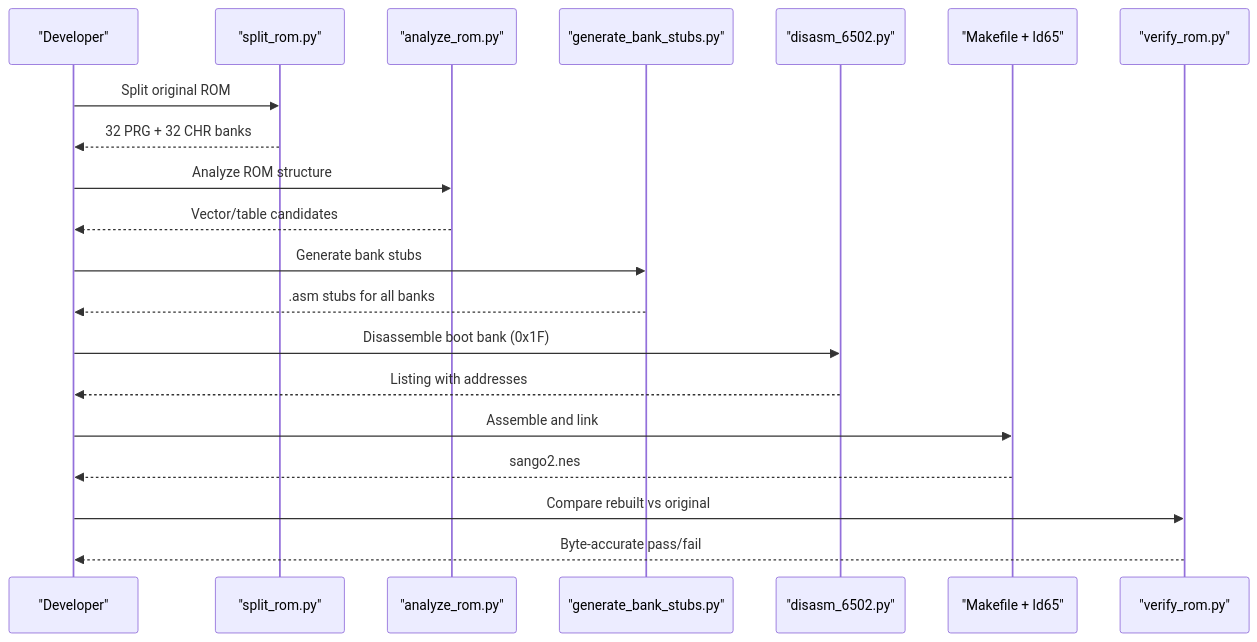
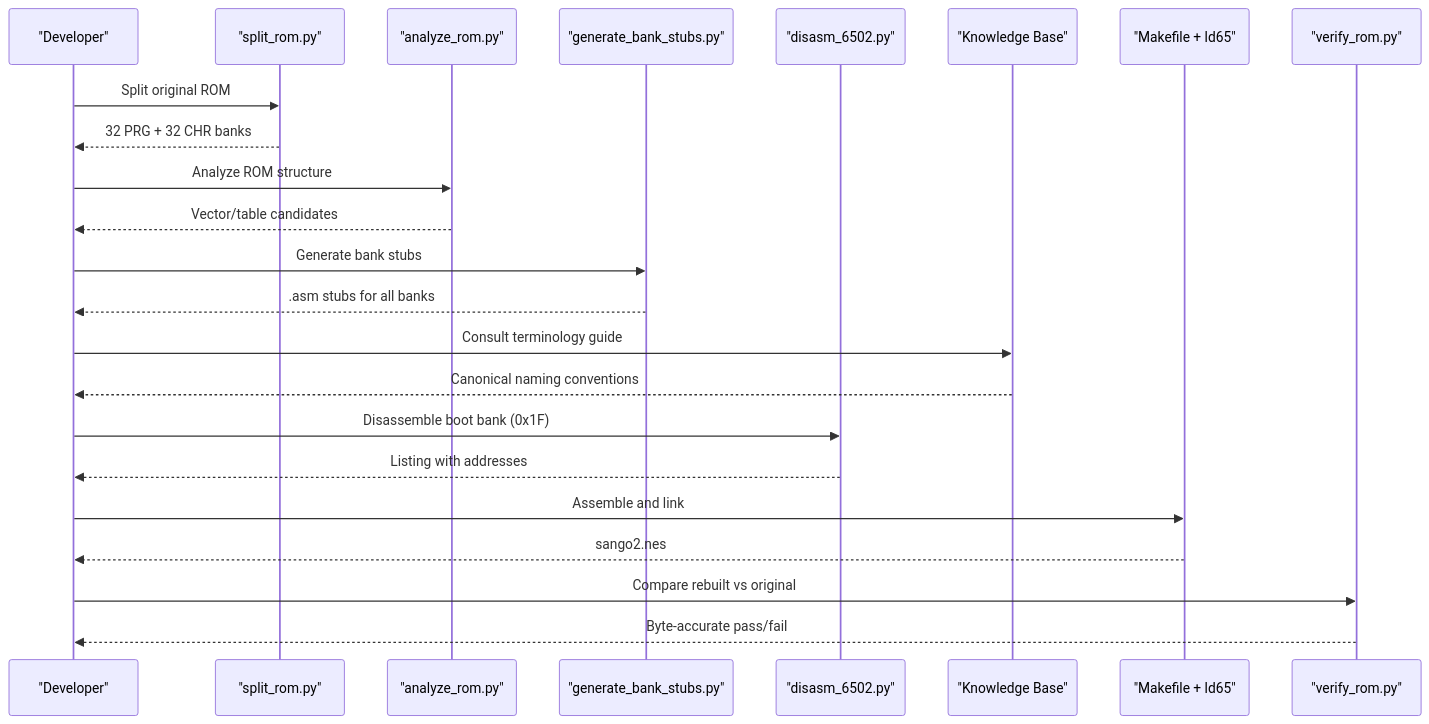
Before and after one commit to rabbyzero/sango2dasm: the ninth of 10 diagrams in .qoder/repowiki/en/content/Project Overview/Project Overview.md, drawn with Mermaid. The commit also changed other lines of this file and 117 other files, not shown here.

````diff
--- a/.qoder/repowiki/en/content/Project Overview/Project Overview.md
+++ b/.qoder/repowiki/en/content/Project Overview/Project Overview.md
@@ -316,22 +377,25 @@
 ```mermaid
 sequenceDiagram
 participant Dev as "Developer"
 participant Split as "split_rom.py"
 participant Analyze as "analyze_rom.py"
 participant Stubs as "generate_bank_stubs.py"
 participant Disasm as "disasm_6502.py"
+participant KB as "Knowledge Base"
 participant Build as "Makefile + ld65"
 participant Verify as "verify_rom.py"
 Dev->>Split : Split original ROM
 Split-->>Dev : 32 PRG + 32 CHR banks
 Dev->>Analyze : Analyze ROM structure
 Analyze-->>Dev : Vector/table candidates
 Dev->>Stubs : Generate bank stubs
 Stubs-->>Dev : .asm stubs for all banks
+Dev->>KB : Consult terminology guide
+KB-->>Dev : Canonical naming conventions
 Dev->>Disasm : Disassemble boot bank (0x1F)
 Disasm-->>Dev : Listing with addresses
 Dev->>Build : Assemble and link
 Build-->>Dev : sango2.nes
 Dev->>Verify : Compare rebuilt vs original
 Verify-->>Dev : Byte-accurate pass/fail
 ```
````
